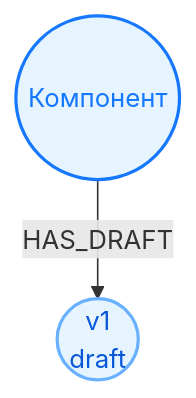
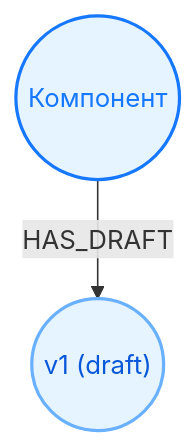
The first of 6 diagrams in apps/frontend/public/help/guides/components.md (Goodzonchik/stellode), drawn with Mermaid before and after one commit. The commit also changed other lines of this file and 9 other files, not shown here.

````diff
--- a/apps/frontend/public/help/guides/components.md
+++ b/apps/frontend/public/help/guides/components.md
@@ -25,10 +14,10 @@
 ```mermaid
 flowchart TB
   Component((Компонент))
-  CV1(("v1<br/>draft"))
+  CV1(("v1 (draft)"))
   Component -->|HAS_DRAFT| CV1
   classDef component fill:#E6F4FF,stroke:#1677FF,color:#1677FF,stroke-width:2px
   classDef draft fill:#E6F4FF,stroke:#69B1FF,color:#0958D9,stroke-width:2px
   class Component component
   class CV1 draft
 ```
````
